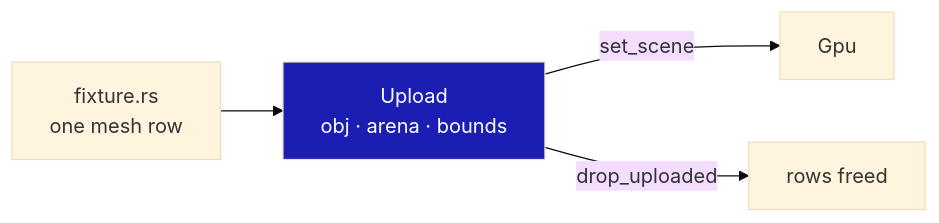
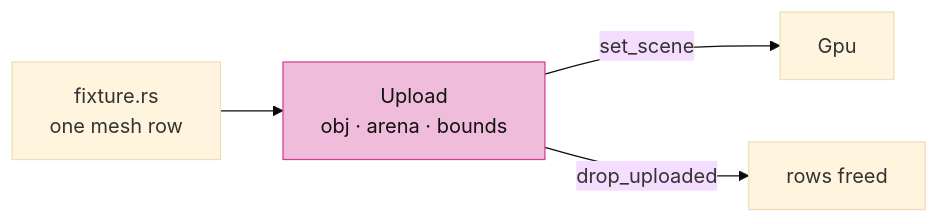
Before and after one commit to petrasvestartas/session: diagram 11 of 12 in session_viewer/docs/04a-meshes.md, drawn with Mermaid (base theme). The commit also changed other lines of this file and 23 other files, not shown here.

Commit message:
Course: Mermaid nodes white with black text, highlighted nodes pink, white arrows and edge labels on the black ground

````diff
--- a/session_viewer/docs/04a-meshes.md
+++ b/session_viewer/docs/04a-meshes.md
@@ -281,7 +281,7 @@
 ```mermaid
 flowchart LR
     FX["fixture.rs<br/>one mesh row"] --> U["Upload<br/>obj · arena · bounds"]
     U -- "set_scene" --> G["Gpu"]
     U -- "drop_uploaded" --> X["rows freed"]
-    style U fill:#1a1eb2,color:#fff
+    style U fill:#f0bcdb,stroke:#ce4095,color:#111
 ```
````
